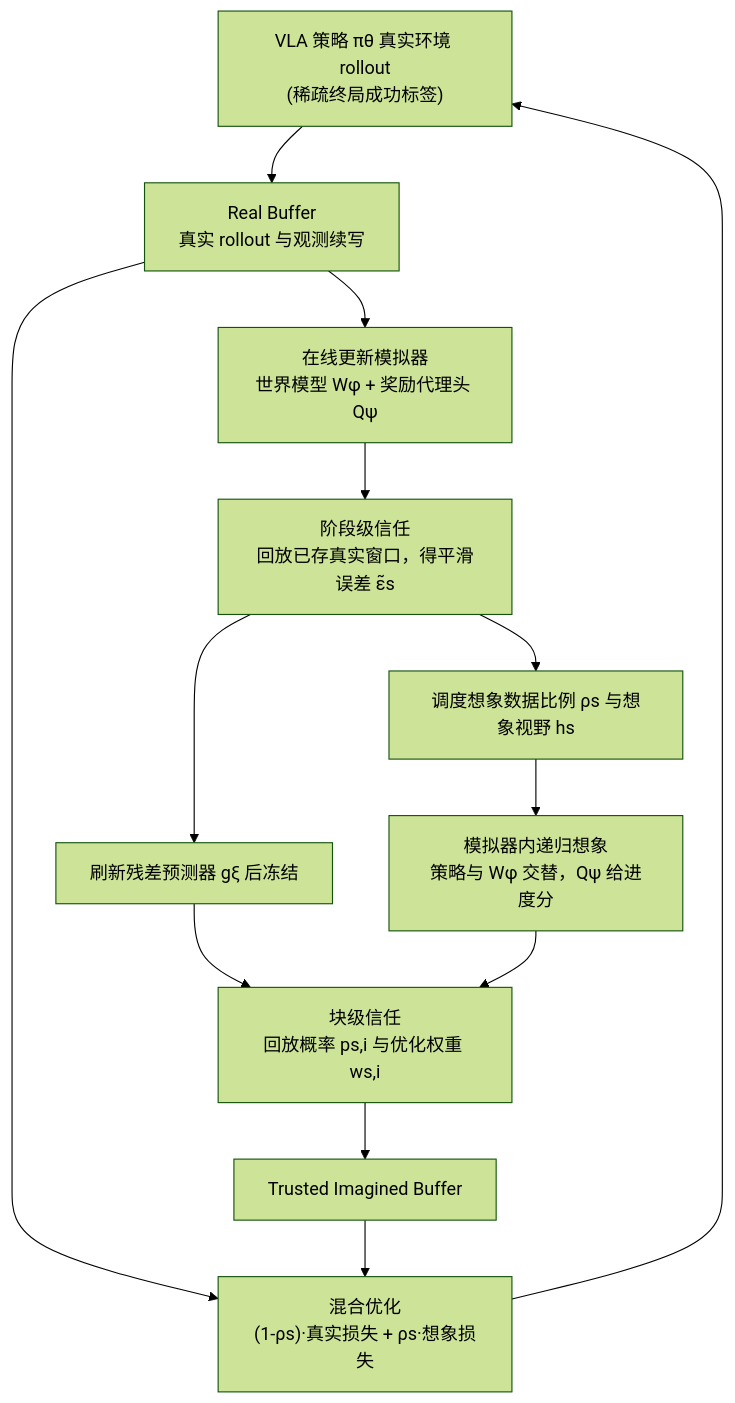
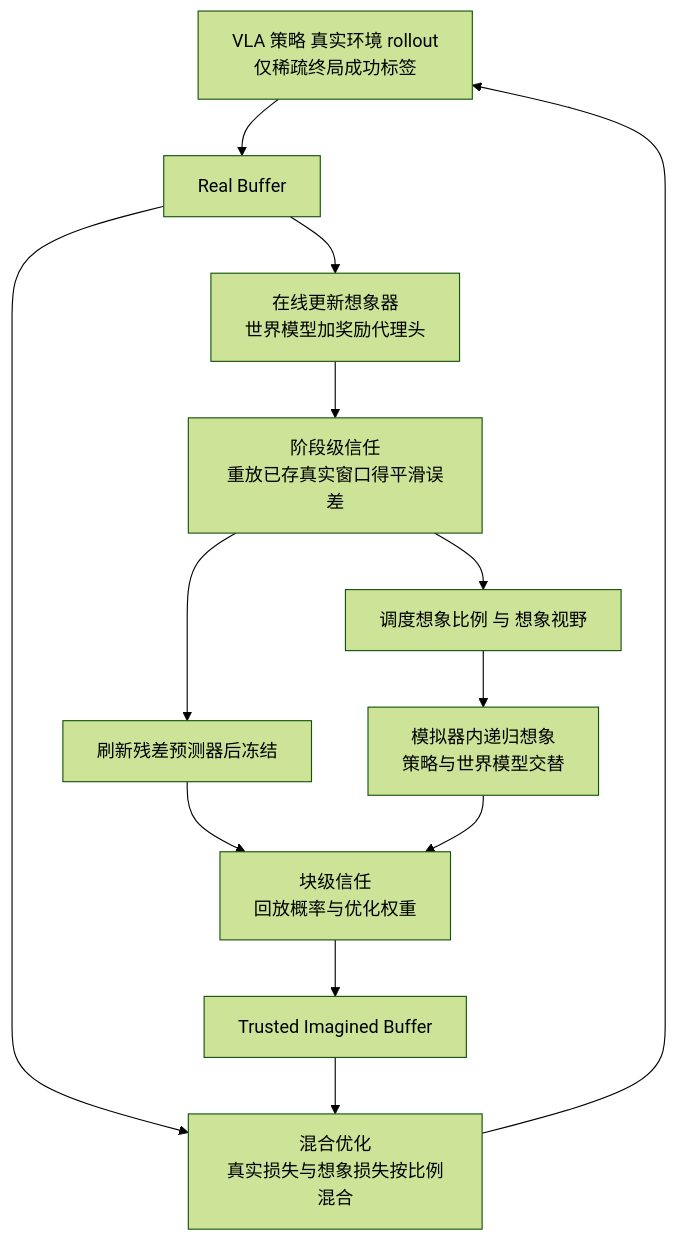
Before and after one commit to ImChong/Robotics_Notebooks: the diagram in wiki/entities/paper-merl-trust-calibrated-vla-post-training.md, drawn with Mermaid (forest theme). The commit also changed other lines of this file and 196 other files, not shown here.

````diff
--- a/wiki/entities/paper-merl-trust-calibrated-vla-post-training.md
+++ b/wiki/entities/paper-merl-trust-calibrated-vla-post-training.md
@@ -37,15 +59,15 @@
 ```mermaid
 flowchart TD
-    A["VLA 策略 πθ 真实环境 rollout<br/>(稀疏终局成功标签)"] --> B["Real Buffer<br/>真实 rollout 与观测续写"]
-    B --> C["在线更新模拟器<br/>世界模型 Wφ + 奖励代理头 Qψ"]
-    C --> D["阶段级信任<br/>回放已存真实窗口，得平滑误差 ε̃s"]
-    D --> E["调度想象数据比例 ρs 与想象视野 hs"]
-    D --> F["刷新残差预测器 gξ 后冻结"]
-    E --> G["模拟器内递归想象<br/>策略与 Wφ 交替，Qψ 给进度分"]
-    F --> H["块级信任<br/>回放概率 ps,i 与优化权重 ws,i"]
+    A["VLA 策略 真实环境 rollout<br/>仅稀疏终局成功标签"] --> B["Real Buffer"]
+    B --> C["在线更新想象器<br/>世界模型加奖励代理头"]
+    C --> D["阶段级信任<br/>重放已存真实窗口得平滑误差"]
+    D --> E["调度想象比例 与 想象视野"]
+    D --> F["刷新残差预测器后冻结"]
+    E --> G["模拟器内递归想象<br/>策略与世界模型交替"]
+    F --> H["块级信任<br/>回放概率与优化权重"]
     G --> H
     H --> I["Trusted Imagined Buffer"]
-    B --> J["混合优化<br/>(1-ρs)·真实损失 + ρs·想象损失"]
+    B --> J["混合优化<br/>真实损失与想象损失按比例混合"]
     I --> J
     J --> A
 ```
````
